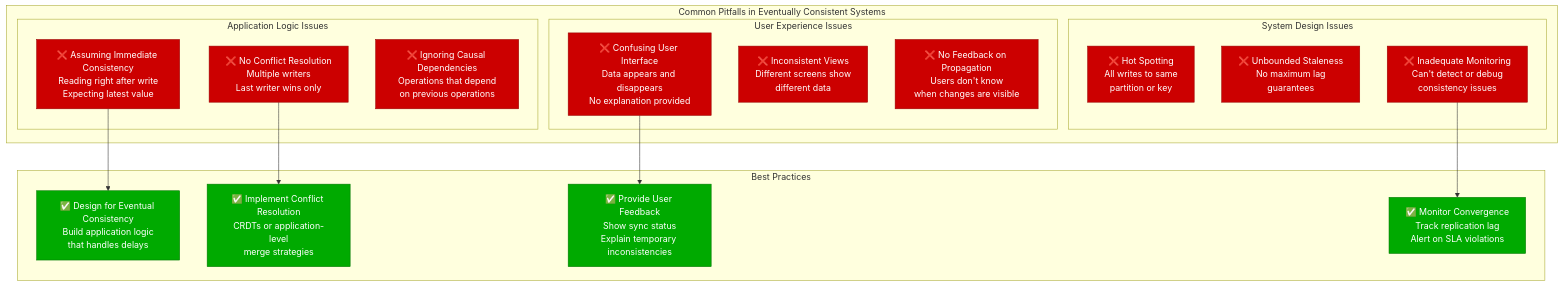
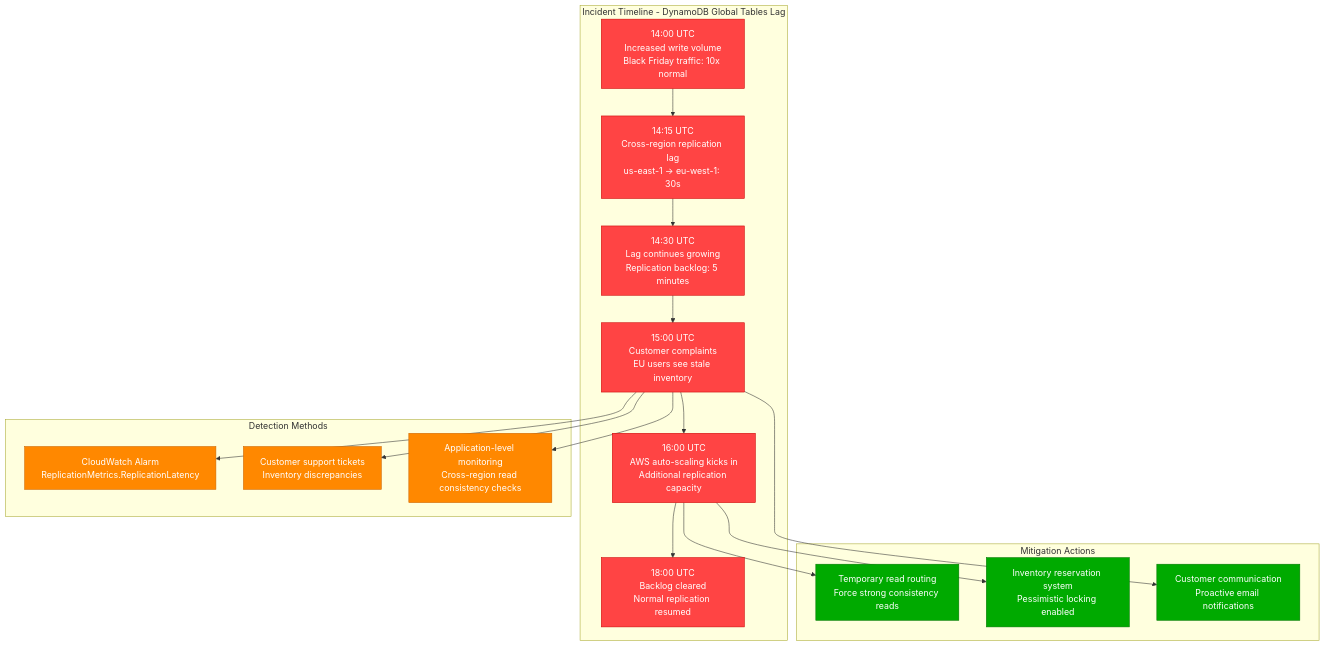
One commit to deepaucksharma/DS changed the ninth of 9 diagrams in site/docs/guarantees/eventual-consistency/eventual-consistency-concept.md. Above: the diagram before and after it, drawn with Mermaid. The commit also changed other lines of this file and 42 other files, not shown here.

````diff
--- a/site/docs/guarantees/eventual-consistency/eventual-consistency-concept.md
+++ b/site/docs/guarantees/eventual-consistency/eventual-consistency-concept.md
@@ -425,41 +541,40 @@
 ```mermaid
-graph TB
-    subgraph CommonPitfalls[Common Pitfalls in Eventually Consistent Systems]
-
-        subgraph ApplicationLogic[Application Logic Issues]
-            AL1[❌ Assuming Immediate Consistency<br/>Reading right after write<br/>Expecting latest value]
-            AL2[❌ No Conflict Resolution<br/>Multiple writers<br/>Last writer wins only]
-            AL3[❌ Ignoring Causal Dependencies<br/>Operations that depend<br/>on previous operations]
-        end
-
-        subgraph UserExperience[User Experience Issues]
-            UE1[❌ Confusing User Interface<br/>Data appears and disappears<br/>No explanation provided]
-            UE2[❌ Inconsistent Views<br/>Different screens show<br/>different data]
-            UE3[❌ No Feedback on Propagation<br/>Users don't know<br/>when changes are visible]
-        end
-
-        subgraph SystemDesign[System Design Issues]
-            SD1[❌ Hot Spotting<br/>All writes to same<br/>partition or key]
-            SD2[❌ Unbounded Staleness<br/>No maximum lag<br/>guarantees]
-            SD3[❌ Inadequate Monitoring<br/>Can't detect or debug<br/>consistency issues]
-        end
+flowchart TD
+    subgraph INCIDENT["Incident Timeline - DynamoDB Global Tables Lag"]
+        T1["14:00 UTC<br/>Increased write volume<br/>Black Friday traffic: 10x normal"]
+        T2["14:15 UTC<br/>Cross-region replication lag<br/>us-east-1 → eu-west-1: 30s"]
+        T3["14:30 UTC<br/>Lag continues growing<br/>Replication backlog: 5 minutes"]
+        T4["15:00 UTC<br/>Customer complaints<br/>EU users see stale inventory"]
+        T5["16:00 UTC<br/>AWS auto-scaling kicks in<br/>Additional replication capacity"]
+        T6["18:00 UTC<br/>Backlog cleared<br/>Normal replication resumed"]
     end
 
-    subgraph BestPractices[Best Practices]
-        BP1[✅ Design for Eventual Consistency<br/>Build application logic<br/>that handles delays]
-        BP2[✅ Implement Conflict Resolution<br/>CRDTs or application-level<br/>merge strategies]
-        BP3[✅ Provide User Feedback<br/>Show sync status<br/>Explain temporary inconsistencies]
-        BP4[✅ Monitor Convergence<br/>Track replication lag<br/>Alert on SLA violations]
+    subgraph DETECTION["Detection Methods"]
+        M1["CloudWatch Alarm<br/>ReplicationMetrics.ReplicationLatency"]
+        M2["Customer support tickets<br/>Inventory discrepancies"]
+        M3["Application-level monitoring<br/>Cross-region read consistency checks"]
     end
 
-    AL1 --> BP1
-    AL2 --> BP2
-    UE1 --> BP3
-    SD3 --> BP4
+    subgraph MITIGATION["Mitigation Actions"]
+        R1["Temporary read routing<br/>Force strong consistency reads"]
+        R2["Inventory reservation system<br/>Pessimistic locking enabled"]
+        R3["Customer communication<br/>Proactive email notifications"]
+    end
 
-    classDef pitfallStyle fill:#CC0000,stroke:#990000,color:#fff
-    classDef practiceStyle fill:#00AA00,stroke:#007700,color:#fff
+    T1 --> T2 --> T3 --> T4 --> T5 --> T6
+    T4 --> M1
+    T4 --> M2
+    T4 --> M3
+    T5 --> R1
+    T5 --> R2
+    T4 --> R3
 
-    class AL1,AL2,AL3,UE1,UE2,UE3,SD1,SD2,SD3 pitfallStyle
-    class BP1,BP2,BP3,BP4 practiceStyle
+    %% Incident response colors
+    classDef incident fill:#FF4444,stroke:#CC0000,color:#fff
+    classDef detection fill:#FF8800,stroke:#CC6600,color:#fff
+    classDef mitigation fill:#00AA00,stroke:#007700,color:#fff
+
+    class T1,T2,T3,T4,T5,T6 incident
+    class M1,M2,M3 detection
+    class R1,R2,R3 mitigation
 ```
````
